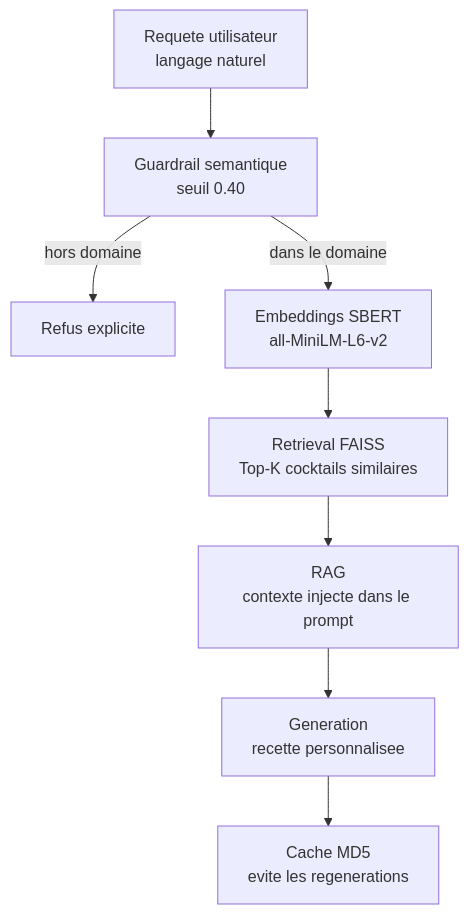
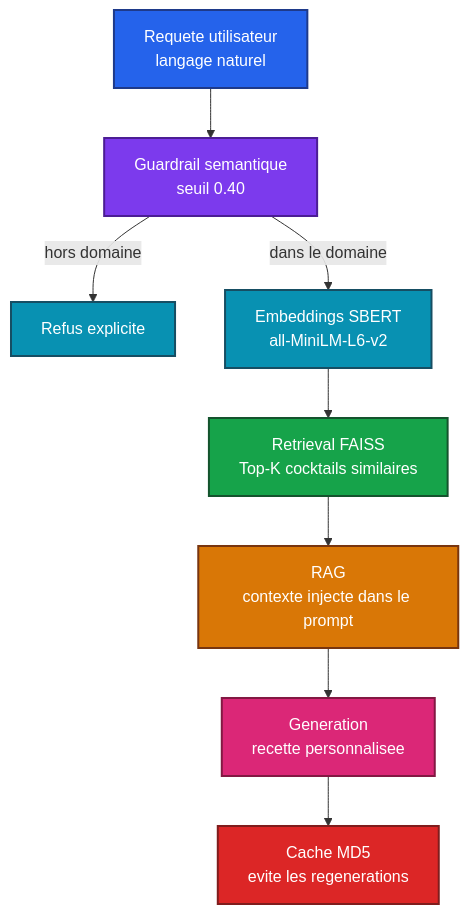
One commit to Adam-Blf/cocktail-ia-generatif changed the diagram in README.md. Above: the diagram before and after it, drawn with Mermaid.

Commit message:
docs: add colors to mermaid diagrams (#10)
Each node gets a palette class (by subgraph or by flow depth), subgraphs are tinted, non-flowchart diagrams use a colored base theme. Validated by rendering every diagram before and after.

````diff
--- a/README.md
+++ b/README.md
@@ -32,14 +32,29 @@
 ```mermaid
 flowchart TD
     Q["Requete utilisateur<br/>langage naturel"]
     G["Guardrail semantique<br/>seuil 0.40"]
     R1["Refus explicite"]
     E["Embeddings SBERT<br/>all-MiniLM-L6-v2"]
     F["Retrieval FAISS<br/>Top-K cocktails similaires"]
     RAG["RAG<br/>contexte injecte dans le prompt"]
     GEN["Generation<br/>recette personnalisee"]
     C["Cache MD5<br/>evite les regenerations"]
     Q --> G
     G -- hors domaine --> R1
     G -- dans le domaine --> E --> F --> RAG --> GEN --> C
+
+    classDef c0 fill:#2563eb,stroke:#1e3a8a,stroke-width:2px,color:#ffffff
+    classDef c1 fill:#7c3aed,stroke:#4c1d95,stroke-width:2px,color:#ffffff
+    classDef c2 fill:#0891b2,stroke:#164e63,stroke-width:2px,color:#ffffff
+    classDef c3 fill:#16a34a,stroke:#14532d,stroke-width:2px,color:#ffffff
+    classDef c4 fill:#d97706,stroke:#78350f,stroke-width:2px,color:#ffffff
+    classDef c5 fill:#db2777,stroke:#831843,stroke-width:2px,color:#ffffff
+    classDef c6 fill:#dc2626,stroke:#7f1d1d,stroke-width:2px,color:#ffffff
+    class Q c0
+    class G c1
+    class R1,E c2
+    class F c3
+    class RAG c4
+    class GEN c5
+    class C c6
 ```
````
